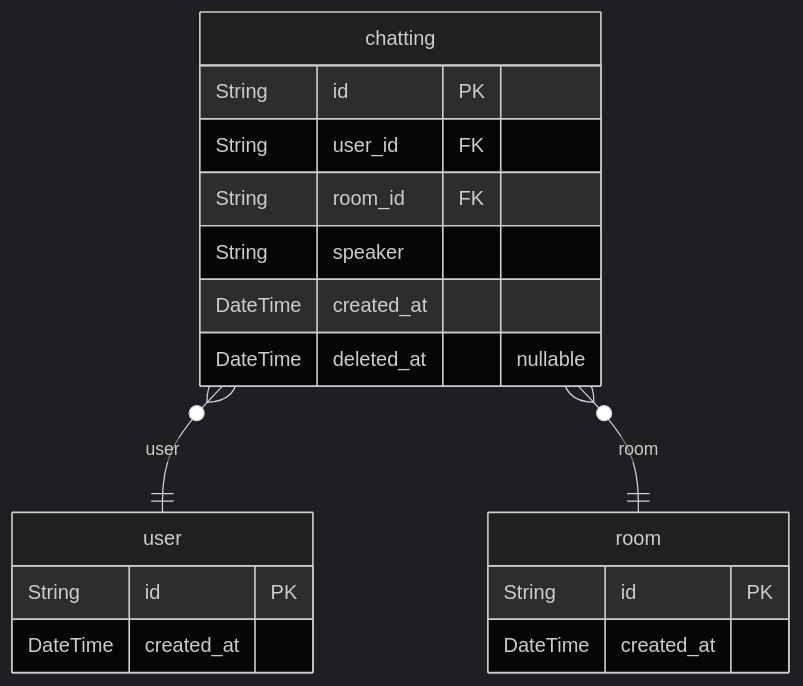
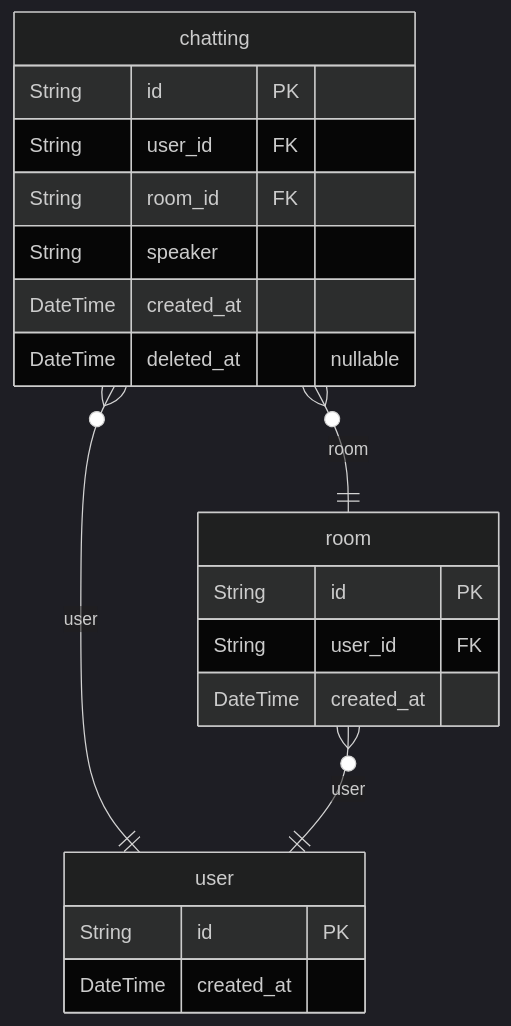
One commit to kakasoo/fake-wanted changed the second of 2 diagrams in prisma/docs/ERD.md. Above: the diagram before and after it, drawn with Mermaid (dark theme). The commit also changed other lines of this file and 1 other file, not shown here.

Commit message:
feat: room에 user_id 추가

````diff
--- a/prisma/docs/ERD.md
+++ b/prisma/docs/ERD.md
@@ -227,21 +227,23 @@
 ```mermaid
 erDiagram
 "chatting" {
   String id PK
   String user_id FK
   String room_id FK
   String speaker
   DateTime created_at
   DateTime deleted_at "nullable"
 }
 "room" {
   String id PK
+  String user_id FK
   DateTime created_at
 }
 "user" {
   String id PK
   DateTime created_at
 }
 "chatting" }o--|| "user" : user
 "chatting" }o--|| "room" : room
+"room" }o--|| "user" : user
 ```
````
